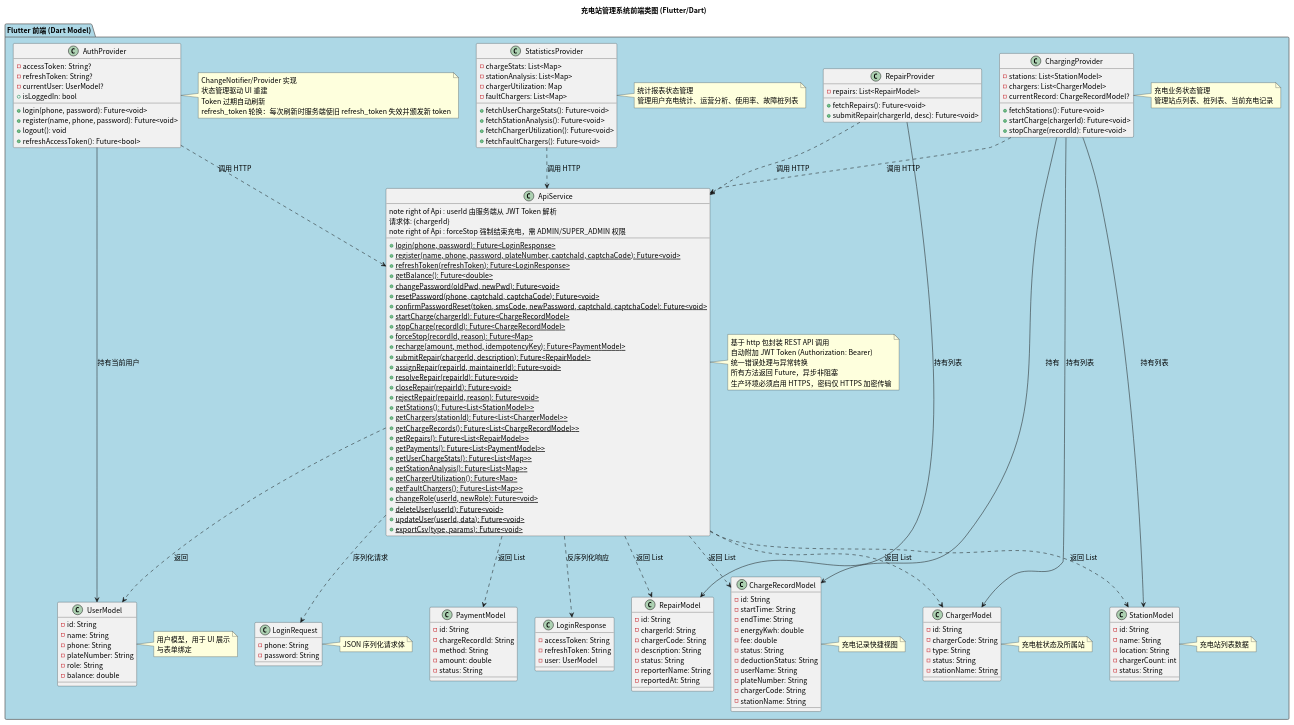
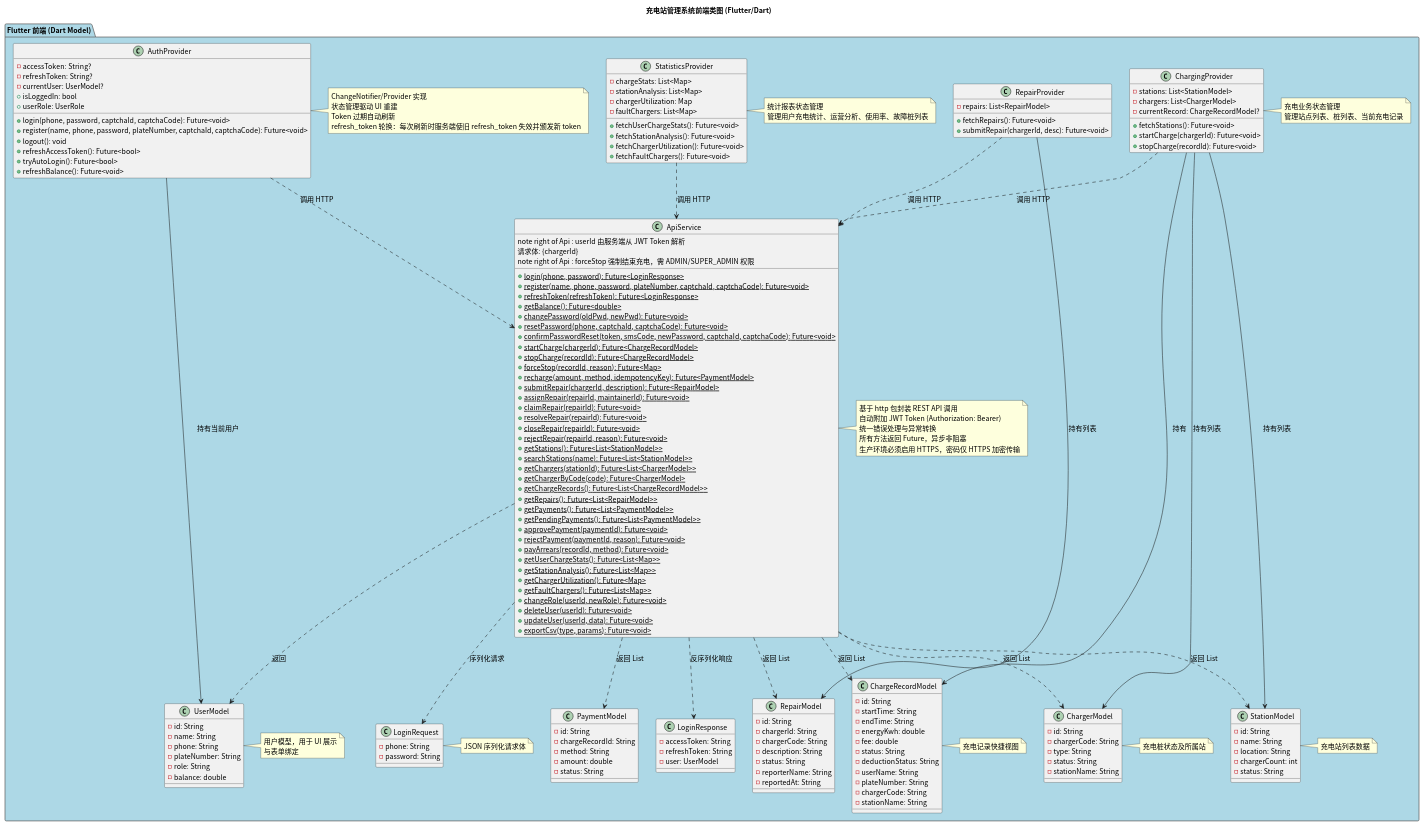
One commit to greenhandzdl/charging-station-doc changed the diagram in class/src/frontend_class_diagram.puml. Above: the diagram before and after it, drawn with PlantUML. The commit also changed 5 other files, not shown here.

Commit message:
docs: 更新3个类图 — 新权限模型(AdvancedApiKeyFilter/ChargerConnector)+PaymentStatus.APPROVED+StationController实际权限+前端API补充claim/approve/payArrears

```diff
--- a/class/src/frontend_class_diagram.puml
+++ b/class/src/frontend_class_diagram.puml
@@ -1,181 +1,191 @@
 @startuml
 skinparam defaultFontName "Noto Sans CJK SC"
 skinparam defaultFontSize 14
 title 充电站管理系统前端类图 (Flutter/Dart)
 skinparam package {
   BackgroundColor #F0F0F0
   BorderColor #666666
 }
 
 package "Flutter 前端 (Dart Model)" as FE #ADD8E6 {
 
   class "UserModel" as FUser {
     - id: String
     - name: String
     - phone: String
     - plateNumber: String
     - role: String
     - balance: double
   }
   note right of FUser : 用户模型，用于 UI 展示\n与表单绑定
 
   class "StationModel" as FStation {
     - id: String
     - name: String
     - location: String
     - chargerCount: int
     - status: String
   }
   note right of FStation : 充电站列表数据
 
   class "ChargerModel" as FCharger {
     - id: String
     - chargerCode: String
     - type: String
     - status: String
     - stationName: String
   }
   note right of FCharger : 充电桩状态及所属站
 
   class "ChargeRecordModel" as FCRecord {
     - id: String
     - startTime: String
     - endTime: String
     - energyKwh: double
     - fee: double
     - status: String
     - deductionStatus: String
     - userName: String
     - plateNumber: String
     - chargerCode: String
     - stationName: String
   }
   note right of FCRecord : 充电记录快捷视图
 
   class "PaymentModel" as FPayment {
     - id: String
     - chargeRecordId: String
     - method: String
     - amount: double
     - status: String
   }
 
   class "RepairModel" as FRepair {
     - id: String
     - chargerId: String
     - chargerCode: String
     - description: String
     - status: String
     - reporterName: String
     - reportedAt: String
   }
 
   class "LoginRequest" as LoginReq {
     - phone: String
     - password: String
   }
   note right of LoginReq : JSON 序列化请求体
 
   class "LoginResponse" as LoginResp {
     - accessToken: String
     - refreshToken: String
     - user: UserModel
   }
 
   class "ApiService" as Api {
     + {static} login(phone, password): Future<LoginResponse>
     + {static} register(name, phone, password, plateNumber, captchaId, captchaCode): Future<void>
     + {static} refreshToken(refreshToken): Future<LoginResponse>
     + {static} getBalance(): Future<double>
     + {static} changePassword(oldPwd, newPwd): Future<void>
     + {static} resetPassword(phone, captchaId, captchaCode): Future<void>
     + {static} confirmPasswordReset(token, smsCode, newPassword, captchaId, captchaCode): Future<void>
     + {static} startCharge(chargerId): Future<ChargeRecordModel>
     note right of Api : userId 由服务端从 JWT Token 解析\n请求体: {chargerId}
     + {static} stopCharge(recordId): Future<ChargeRecordModel>
     + {static} forceStop(recordId, reason): Future<Map>
     note right of Api : forceStop 强制结束充电，需 ADMIN/SUPER_ADMIN 权限
     + {static} recharge(amount, method, idempotencyKey): Future<PaymentModel>
     + {static} submitRepair(chargerId, description): Future<RepairModel>
     + {static} assignRepair(repairId, maintainerId): Future<void>
+    + {static} claimRepair(repairId): Future<void>
     + {static} resolveRepair(repairId): Future<void>
     + {static} closeRepair(repairId): Future<void>
     + {static} rejectRepair(repairId, reason): Future<void>
     + {static} getStations(): Future<List<StationModel>>
+    + {static} searchStations(name): Future<List<StationModel>>
     + {static} getChargers(stationId): Future<List<ChargerModel>>
+    + {static} getChargerByCode(code): Future<ChargerModel>
     + {static} getChargeRecords(): Future<List<ChargeRecordModel>>
     + {static} getRepairs(): Future<List<RepairModel>>
     + {static} getPayments(): Future<List<PaymentModel>>
+    + {static} getPendingPayments(): Future<List<PaymentModel>>
+    + {static} approvePayment(paymentId): Future<void>
+    + {static} rejectPayment(paymentId, reason): Future<void>
+    + {static} payArrears(recordId, method): Future<void>
     + {static} getUserChargeStats(): Future<List<Map>>
     + {static} getStationAnalysis(): Future<List<Map>>
     + {static} getChargerUtilization(): Future<Map>
     + {static} getFaultChargers(): Future<List<Map>>
     + {static} changeRole(userId, newRole): Future<void>
     + {static} deleteUser(userId): Future<void>
     + {static} updateUser(userId, data): Future<void>
     + {static} exportCsv(type, params): Future<void>
   }
   note right of Api : 基于 http 包封装 REST API 调用\n自动附加 JWT Token (Authorization: Bearer)\n统一错误处理与异常转换\n所有方法返回 Future，异步非阻塞\n生产环境必须启用 HTTPS，密码仅 HTTPS 加密传输
 
   class "AuthProvider" as Auth {
     - accessToken: String?
     - refreshToken: String?
     - currentUser: UserModel?
-    + login(phone, password): Future<void>
-    + register(name, phone, password): Future<void>
+    + login(phone, password, captchaId, captchaCode): Future<void>
+    + register(name, phone, password, plateNumber, captchaId, captchaCode): Future<void>
     + logout(): void
     + refreshAccessToken(): Future<bool>
+    + tryAutoLogin(): Future<bool>
+    + refreshBalance(): Future<void>
     + isLoggedIn: bool
+    + userRole: UserRole
   }
   note right of Auth : ChangeNotifier/Provider 实现\n状态管理驱动 UI 重建\nToken 过期自动刷新\nrefresh_token 轮换：每次刷新时服务端使旧 refresh_token 失效并颁发新 token
 
   class "ChargingProvider" as CP {
     - stations: List<StationModel>
     - chargers: List<ChargerModel>
     - currentRecord: ChargeRecordModel?
     + fetchStations(): Future<void>
     + startCharge(chargerId): Future<void>
     + stopCharge(recordId): Future<void>
   }
   note right of CP : 充电业务状态管理\n管理站点列表、桩列表、当前充电记录
 
   class "RepairProvider" as RP {
     - repairs: List<RepairModel>
     + fetchRepairs(): Future<void>
     + submitRepair(chargerId, desc): Future<void>
   }
 
   class "StatisticsProvider" as StatsP {
     - chargeStats: List<Map>
     - stationAnalysis: List<Map>
     - chargerUtilization: Map
     - faultChargers: List<Map>
     + fetchUserChargeStats(): Future<void>
     + fetchStationAnalysis(): Future<void>
     + fetchChargerUtilization(): Future<void>
     + fetchFaultChargers(): Future<void>
   }
   note right of StatsP : 统计报表状态管理\n管理用户充电统计、运营分析、使用率、故障桩列表
 }
 
 ' ===== 关联关系 =====
 Api ..> LoginReq : 序列化请求
 Api ..> LoginResp : 反序列化响应
 Api ..> FStation : 返回 List
 Api ..> FCharger : 返回 List
 Api ..> FUser : 返回
 Api ..> FCRecord : 返回 List
 Api ..> FPayment : 返回 List
 Api ..> FRepair : 返回 List
 
 Auth --> FUser : 持有当前用户
 Auth ..> Api : 调用 HTTP
 CP ..> Api : 调用 HTTP
 CP --> FStation : 持有列表
 CP --> FCharger : 持有列表
 CP --> FCRecord : 持有
 RP ..> Api : 调用 HTTP
 RP --> FRepair : 持有列表
 StatsP ..> Api : 调用 HTTP
 
 @enduml
```
